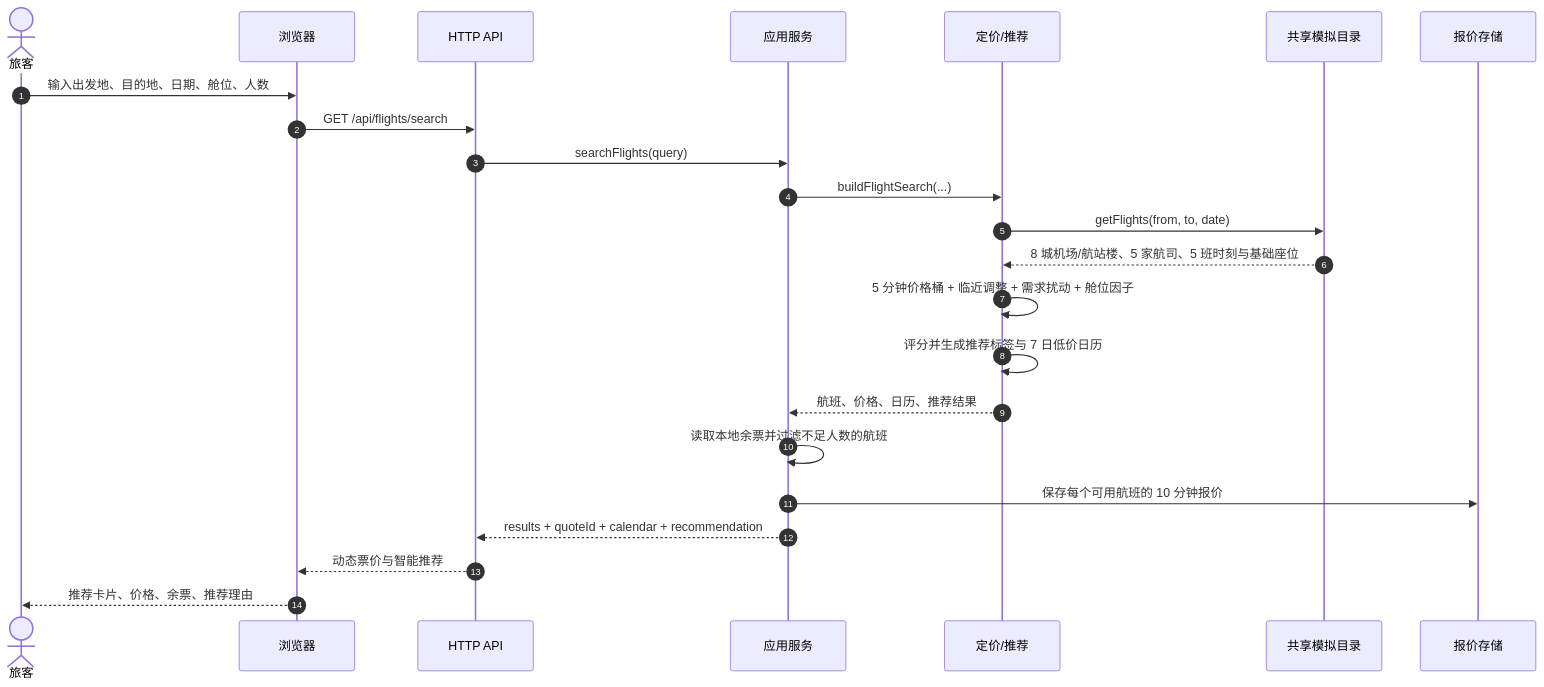
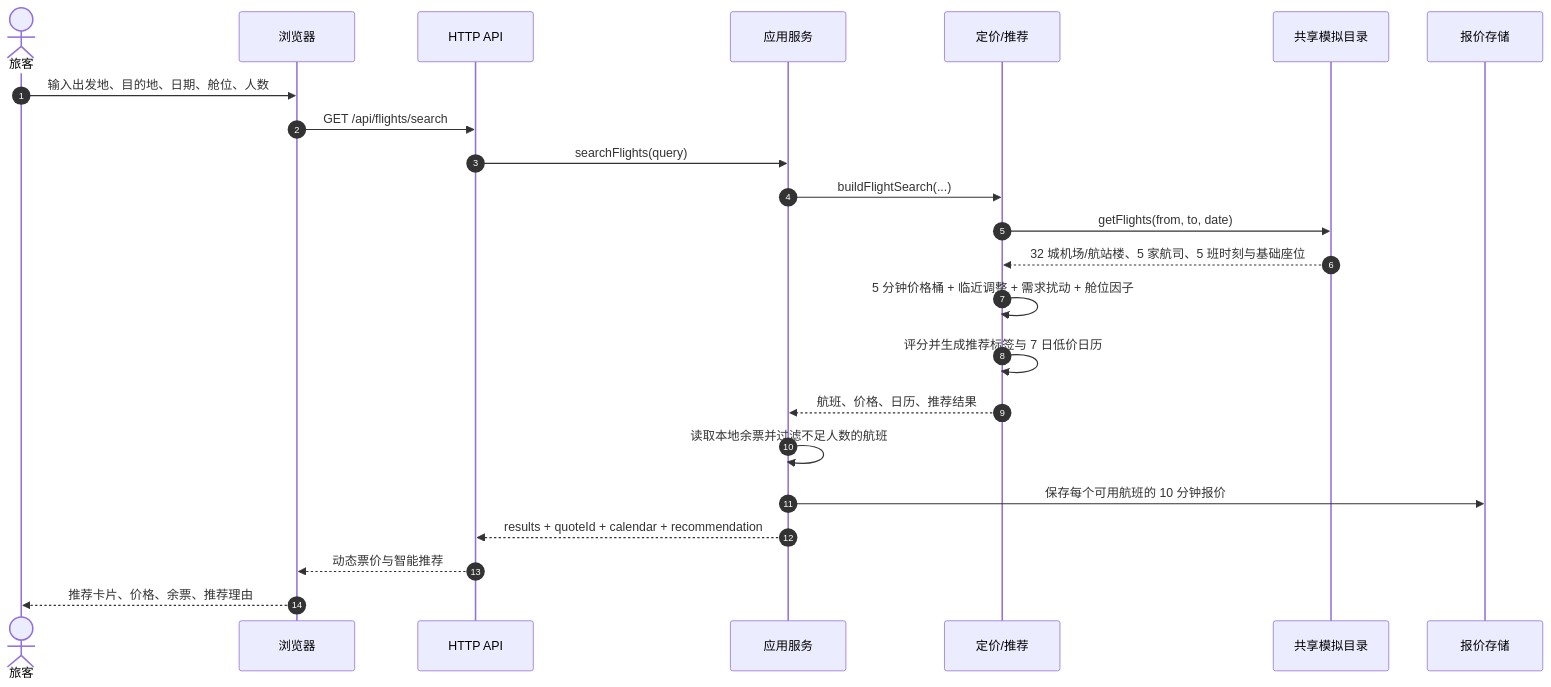
The third of 6 diagrams in docs/design.md (lonelyhty/hebut-xiecheng-se24), drawn with Mermaid before and after one commit. The commit also changed other lines of this file and 20 other files, not shown here.

````diff
--- a/docs/design.md
+++ b/docs/design.md
@@ -125,26 +125,26 @@
 ```mermaid
 sequenceDiagram
   autonumber
   actor Traveler as 旅客
   participant Web as 浏览器
   participant API as HTTP API
   participant Service as 应用服务
   participant Pricing as 定价/推荐
   participant Catalog as 共享模拟目录
   participant Quotes as 报价存储
 
   Traveler->>Web: 输入出发地、目的地、日期、舱位、人数
   Web->>API: GET /api/flights/search
   API->>Service: searchFlights(query)
   Service->>Pricing: buildFlightSearch(...)
   Pricing->>Catalog: getFlights(from, to, date)
-  Catalog-->>Pricing: 8 城机场/航站楼、5 家航司、5 班时刻与基础座位
+  Catalog-->>Pricing: 32 城机场/航站楼、5 家航司、5 班时刻与基础座位
   Pricing->>Pricing: 5 分钟价格桶 + 临近调整 + 需求扰动 + 舱位因子
   Pricing->>Pricing: 评分并生成推荐标签与 7 日低价日历
   Pricing-->>Service: 航班、价格、日历、推荐结果
   Service->>Service: 读取本地余票并过滤不足人数的航班
   Service->>Quotes: 保存每个可用航班的 10 分钟报价
   Service-->>API: results + quoteId + calendar + recommendation
   API-->>Web: 动态票价与智能推荐
   Web-->>Traveler: 推荐卡片、价格、余票、推荐理由
 ```
````
